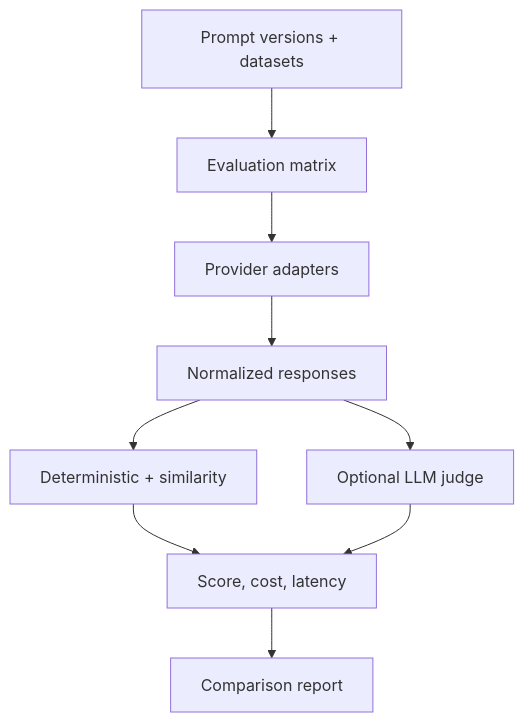
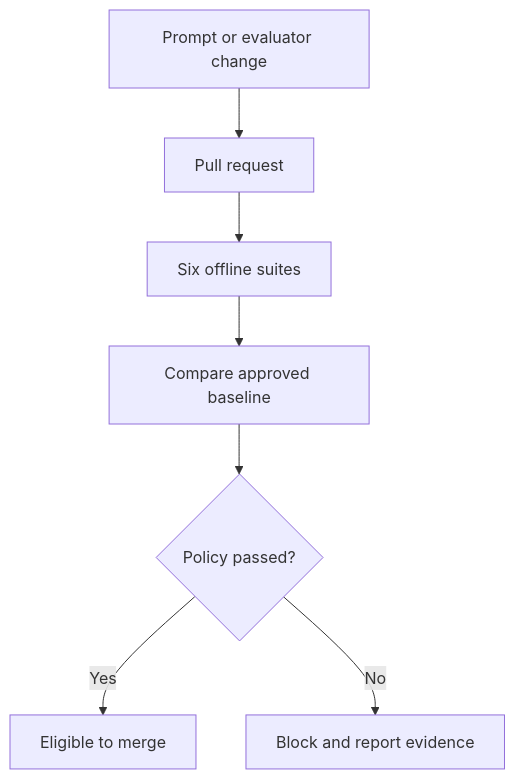
One commit to Anne07-Ai/prompt-laboratory changed the diagram in README.md. Above: the diagram before and after it, drawn with Mermaid. The commit also changed other lines of this file and 10 other files, not shown here.

````diff
--- a/README.md
+++ b/README.md
@@ -23,11 +23,9 @@
 ```mermaid
 flowchart TD
-    G["Prompt versions + datasets"] --> X["Evaluation matrix"]
-    X --> P["Provider adapters"]
-    P --> V["Normalized responses"]
-    V --> E["Deterministic + similarity"]
-    V --> J["Optional LLM judge"]
-    E --> C["Score, cost, latency"]
-    J --> C
-    C --> R["Comparison report"]
+    C["Prompt or evaluator change"] --> PR["Pull request"]
+    PR --> T["Six offline suites"]
+    T --> B["Compare approved baseline"]
+    B --> G{"Policy passed?"}
+    G -->|Yes| M["Eligible to merge"]
+    G -->|No| X["Block and report evidence"]
 ```
````
